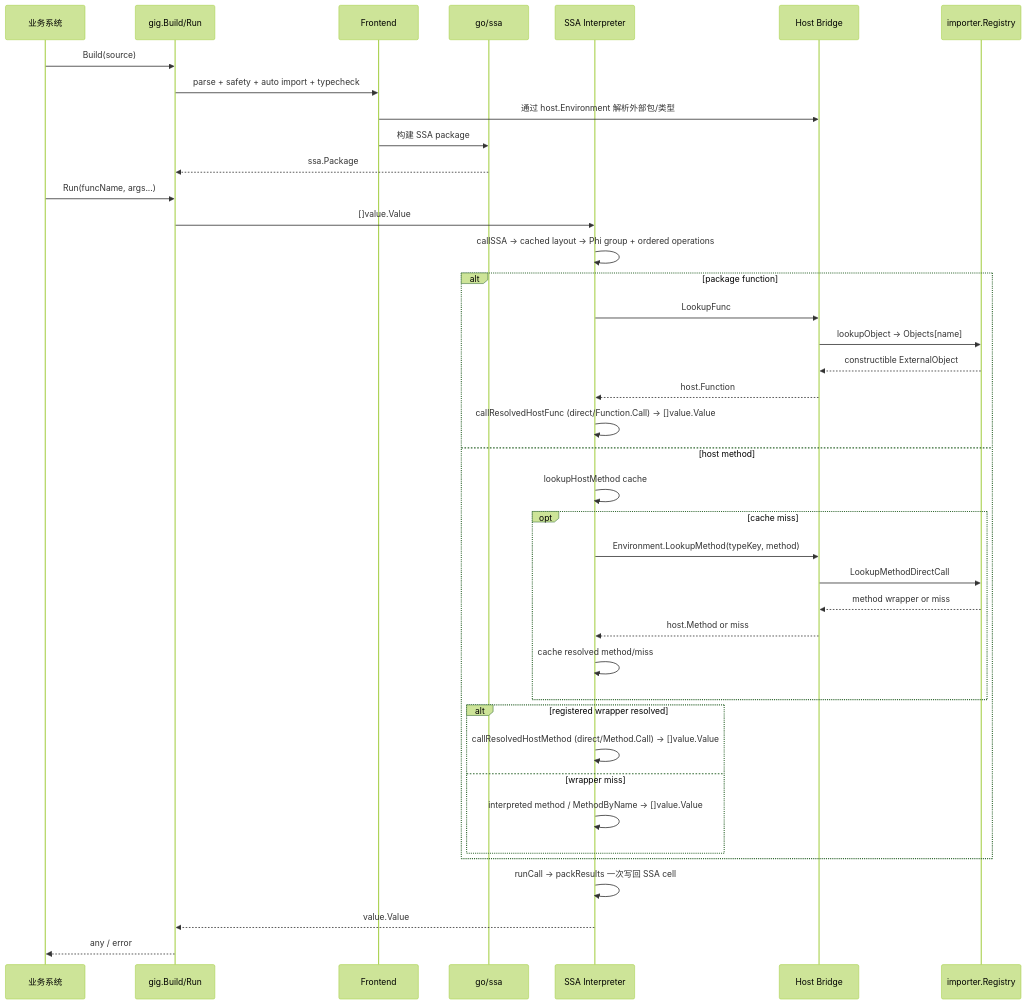
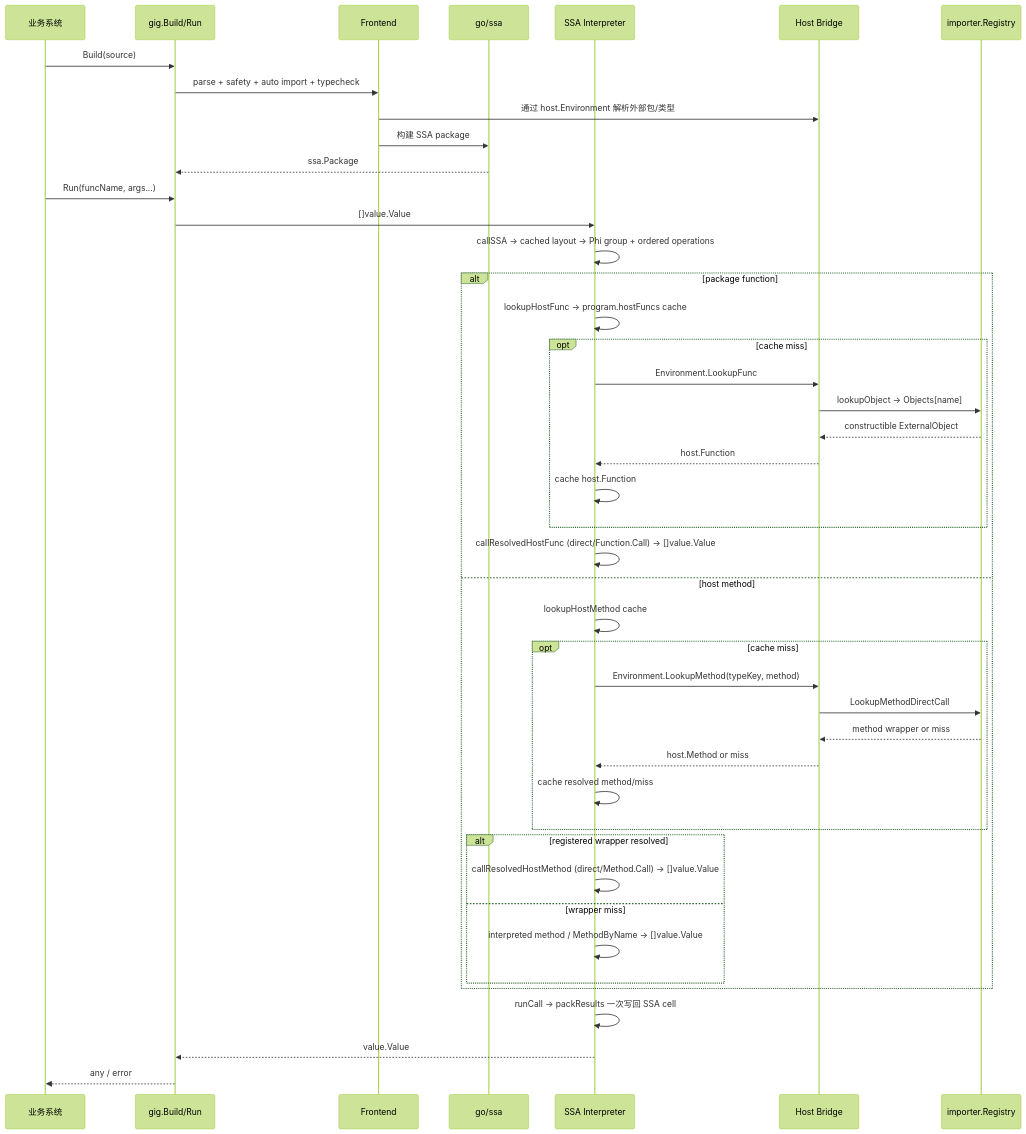
The second of 2 diagrams in docs/GIG_RULE_ENGINE_OVERVIEW_CN.md (t04dJ14n9/GIG), drawn with Mermaid (forest theme) before and after one commit. The commit also changed 1 other file, not shown here.

Commit message:
docs: align host flow diagrams

````diff
--- a/docs/GIG_RULE_ENGINE_OVERVIEW_CN.md
+++ b/docs/GIG_RULE_ENGINE_OVERVIEW_CN.md
@@ -117,44 +117,48 @@
 ```mermaid
 sequenceDiagram
     participant User as 业务系统
     participant Gig as gig.Build/Run
     participant FE as Frontend
     participant SSA as go/ssa
     participant I as SSA Interpreter
     participant H as Host Bridge
     participant R as importer.Registry
 
     User->>Gig: Build(source)
     Gig->>FE: parse + safety + auto import + typecheck
     FE->>H: 通过 host.Environment 解析外部包/类型
     FE->>SSA: 构建 SSA package
     SSA-->>Gig: ssa.Package
 
     User->>Gig: Run(funcName, args...)
     Gig->>I: []value.Value
     I->>I: callSSA -> cached layout -> Phi group + ordered operations
     alt package function
-        I->>H: LookupFunc
-        H->>R: lookupObject -> Objects[name]
-        R-->>H: constructible ExternalObject
-        H-->>I: host.Function
+        I->>I: lookupHostFunc -> program.hostFuncs cache
+        opt cache miss
+            I->>H: Environment.LookupFunc
+            H->>R: lookupObject -> Objects[name]
+            R-->>H: constructible ExternalObject
+            H-->>I: host.Function
+            I->>I: cache host.Function
+        end
         I->>I: callResolvedHostFunc (direct/Function.Call) -> []value.Value
     else host method
         I->>I: lookupHostMethod cache
         opt cache miss
             I->>H: Environment.LookupMethod(typeKey, method)
             H->>R: LookupMethodDirectCall
             R-->>H: method wrapper or miss
             H-->>I: host.Method or miss
             I->>I: cache resolved method/miss
         end
         alt registered wrapper resolved
             I->>I: callResolvedHostMethod (direct/Method.Call) -> []value.Value
         else wrapper miss
             I->>I: interpreted method / MethodByName -> []value.Value
         end
     end
     I->>I: runCall -> packResults 一次写回 SSA cell
     I-->>Gig: value.Value
     Gig-->>User: any / error
 ```
````
